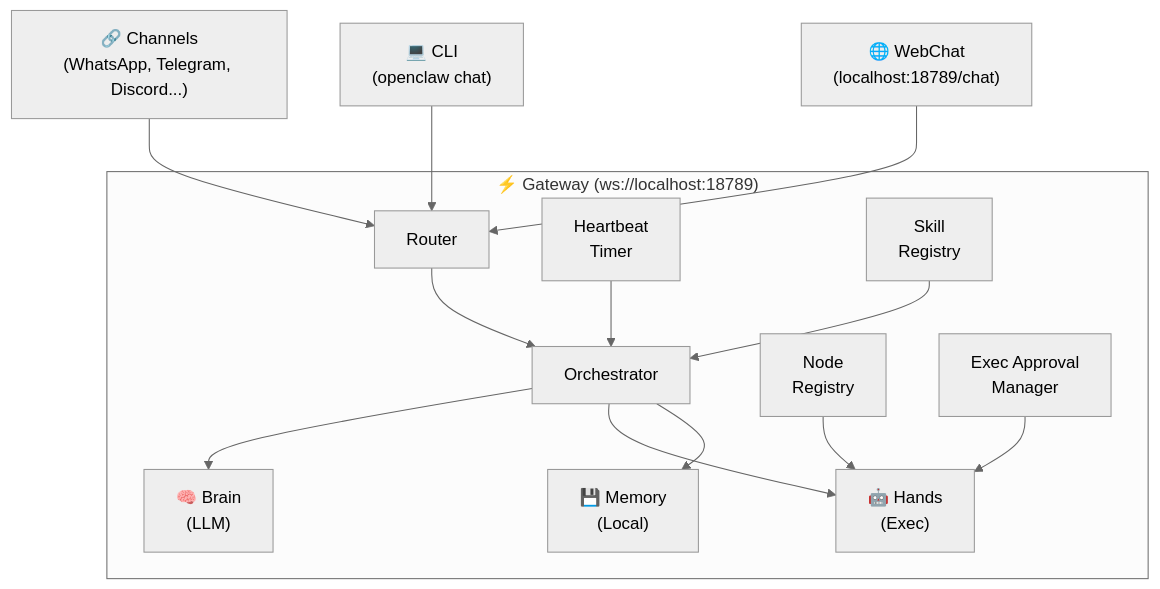
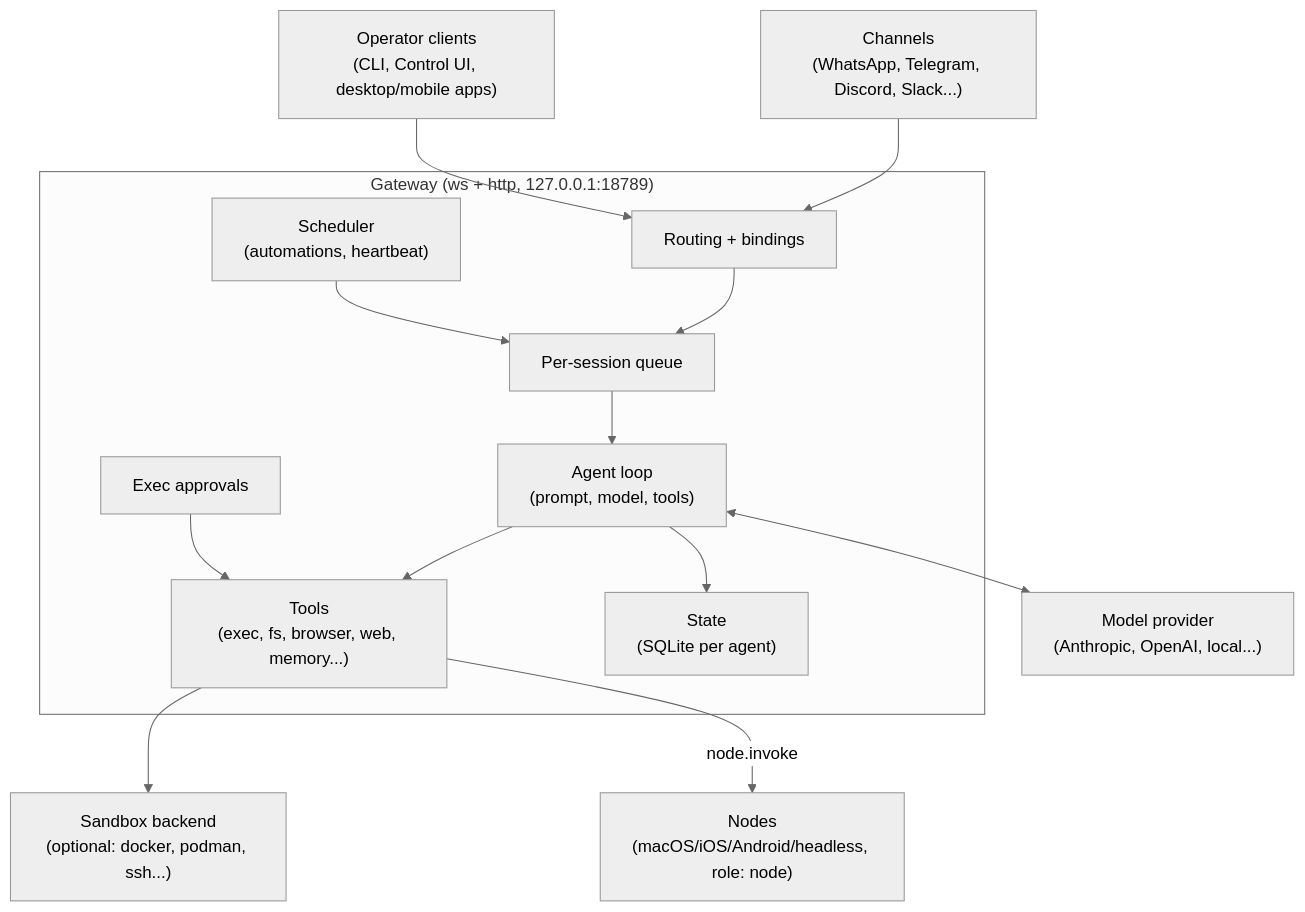
The first of 2 diagrams in docs/architecture/overview.md (clawdocs/clawdocs.github.io), drawn with Mermaid (neutral theme) before and after one commit. The commit also changed other lines of this file, not shown here.

First line of the commit message:
Rewrite architecture overview onto upstream components and real paths

````diff
--- a/docs/architecture/overview.md
+++ b/docs/architecture/overview.md
@@ -15,30 +18,30 @@
 ```mermaid
 graph TD
-    Channels["🔗 Channels<br/>(WhatsApp, Telegram, Discord...)"]
-    CLI["💻 CLI<br/>(openclaw chat)"]
-    WebChat["🌐 WebChat<br/>(localhost:18789/chat)"]
+    Channels["Channels<br/>(WhatsApp, Telegram, Discord, Slack...)"]
+    Clients["Operator clients<br/>(CLI, Control UI, desktop/mobile apps)"]
+    Nodes["Nodes<br/>(macOS/iOS/Android/headless, role: node)"]
 
-    subgraph Gateway["⚡ Gateway (ws://localhost:18789)"]
-        Router["Router"]
-        Heartbeat["Heartbeat<br/>Timer"]
-        SkillReg["Skill<br/>Registry"]
-        Orchestrator["Orchestrator"]
-        Brain["🧠 Brain<br/>(LLM)"]
-        Hands["🤖 Hands<br/>(Exec)"]
-        Memory["💾 Memory<br/>(Local)"]
-        NodeReg["Node<br/>Registry"]
-        ExecMgr["Exec Approval<br/>Manager"]
+    subgraph Gateway["Gateway (ws + http, 127.0.0.1:18789)"]
+        Router["Routing + bindings"]
+        Queue["Per-session queue"]
+        Loop["Agent loop<br/>(prompt, model, tools)"]
+        Tools["Tools<br/>(exec, fs, browser, web, memory...)"]
+        Approvals["Exec approvals"]
+        Sched["Scheduler<br/>(automations, heartbeat)"]
+        Store["State<br/>(SQLite per agent)"]
     end
 
+    Provider["Model provider<br/>(Anthropic, OpenAI, local...)"]
+    Sandbox["Sandbox backend<br/>(optional: docker, podman, ssh...)"]
+
     Channels --> Router
-    CLI --> Router
-    WebChat --> Router
-    Router --> Orchestrator
-    Heartbeat --> Orchestrator
-    SkillReg --> Orchestrator
-    Orchestrator --> Brain
-    Orchestrator --> Hands
-    Orchestrator --> Memory
-    NodeReg --> Hands
-    ExecMgr --> Hands
+    Clients --> Router
+    Router --> Queue --> Loop
+    Sched --> Queue
+    Loop <--> Provider
+    Loop --> Tools
+    Approvals --> Tools
+    Tools --> Sandbox
+    Tools -->|node.invoke| Nodes
+    Loop --> Store
 ```
````
